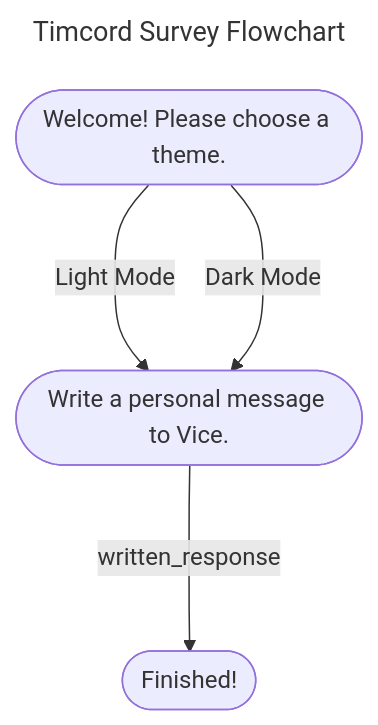
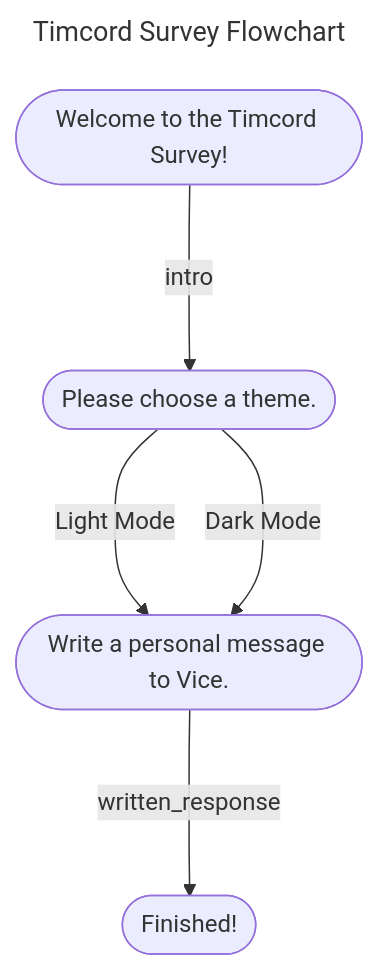
The first of 4 diagrams in README.md (ObjectsCountries/Timcord-Survey), drawn with Mermaid before and after one commit. The commit also changed other lines of this file, not shown here.

Commit message:
ACTION: Update flowcharts

````diff
--- a/README.md
+++ b/README.md
@@ -13,12 +13,14 @@
 ```mermaid
 ---
 title: Timcord Survey Flowchart
 ---
 graph TD
-begin_theming(["Welcome! Please choose a theme."])
+begin_intro(["Welcome to the Timcord Survey!"])
+theming(["Please choose a theme."])
 writing(["Write a personal message to Vice."])
 finish(["Finished!"])
-begin_theming --->|Light Mode| writing
-begin_theming --->|Dark Mode| writing
+begin_intro --->|intro| theming
+theming --->|Light Mode| writing
+theming --->|Dark Mode| writing
 writing --->|written_response| finish
 ```
````
